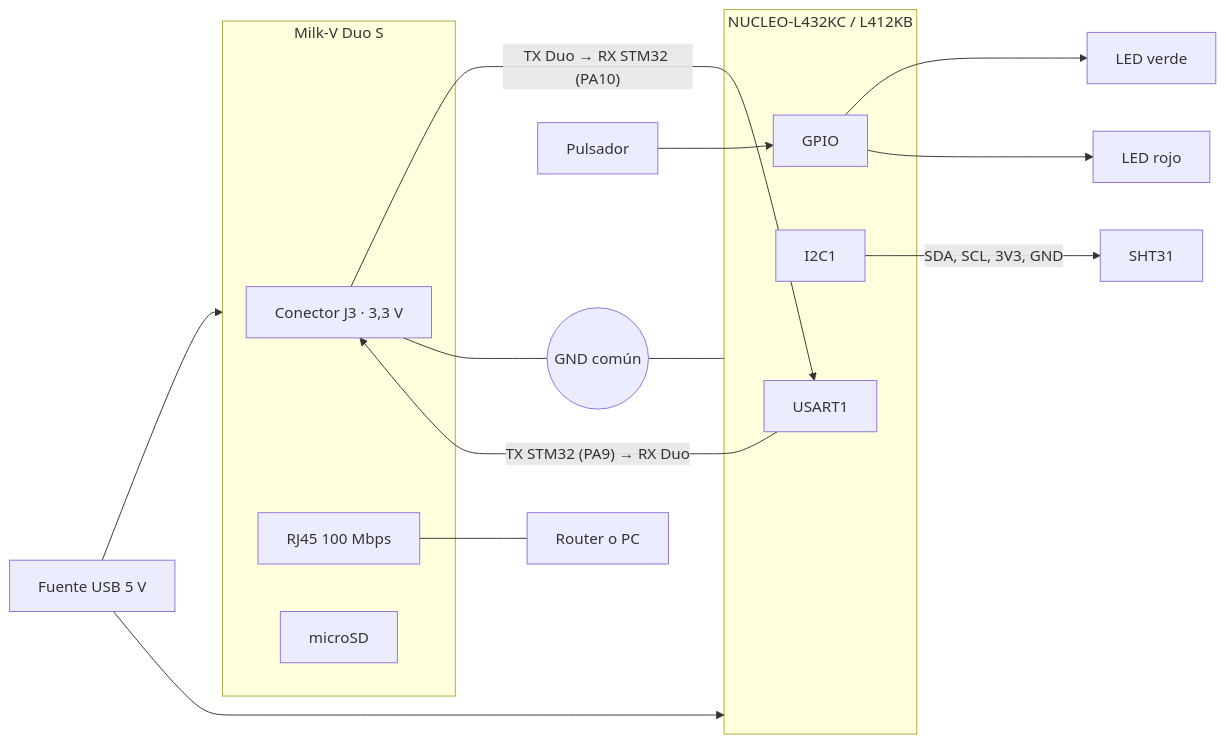
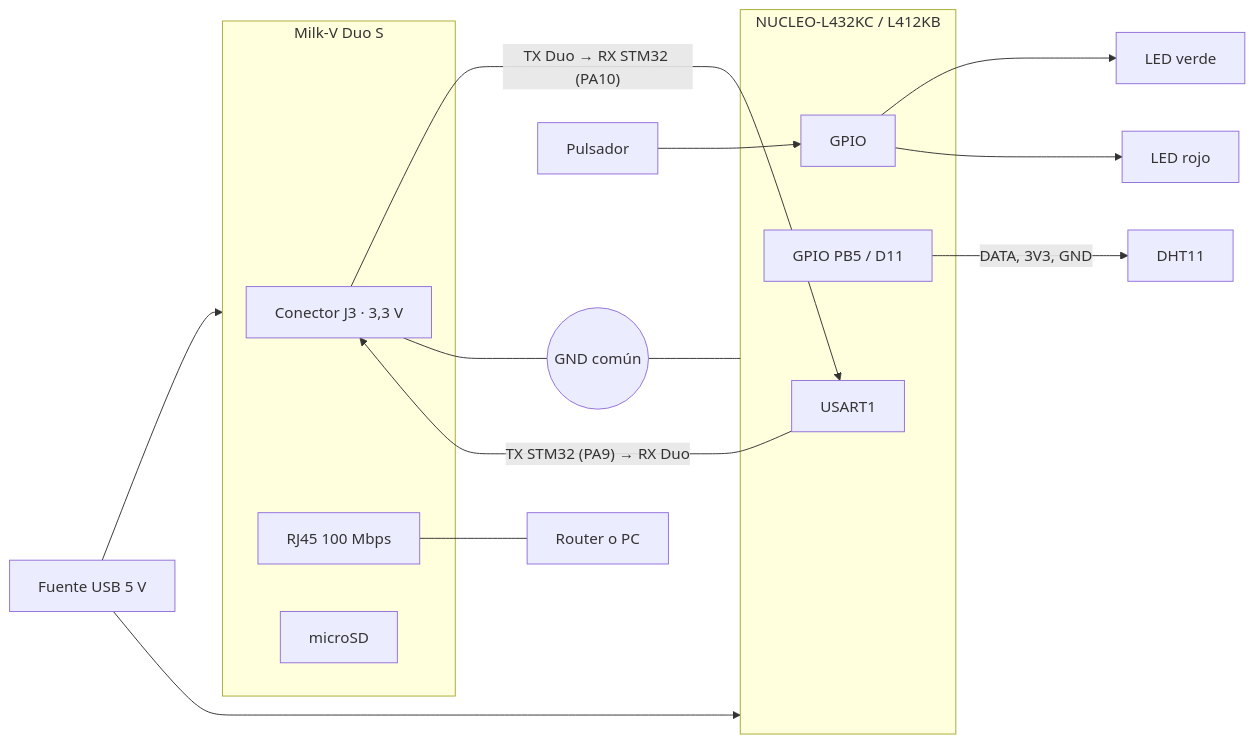
One commit to anhenaobe/smart-environmental-monitoring-system changed the second of 9 diagrams in docs/arquitectura.md. Above: the diagram before and after it, drawn with Mermaid. The commit also changed other lines of this file and 21 other files, not shown here.

````diff
--- a/docs/arquitectura.md
+++ b/docs/arquitectura.md
@@ -63,23 +63,23 @@
 ```mermaid
 flowchart LR
     PSU["Fuente USB 5 V"] --> DUO
     PSU --> NUC
     subgraph DUO["Milk-V Duo S"]
         J3["Conector J3 · 3,3 V"]
         ETH["RJ45 100 Mbps"]
         SD["microSD"]
     end
     subgraph NUC["NUCLEO-L432KC / L412KB"]
         U1["USART1"]
-        I2C1["I2C1"]
+        DATA["GPIO PB5 / D11"]
         GPIO["GPIO"]
     end
     J3 -- "TX Duo → RX STM32 (PA10)" --> U1
     U1 -- "TX STM32 (PA9) → RX Duo" --> J3
     J3 --- GND((GND común)) --- NUC
-    I2C1 -- "SDA, SCL, 3V3, GND" --> SHT["SHT31"]
+    DATA -- "DATA, 3V3, GND" --> DHT["DHT11"]
     GPIO --> LEDV["LED verde"]
     GPIO --> LEDR["LED rojo"]
     BTN["Pulsador"] --> GPIO
     ETH --- RED["Router o PC"]
 ```
````
